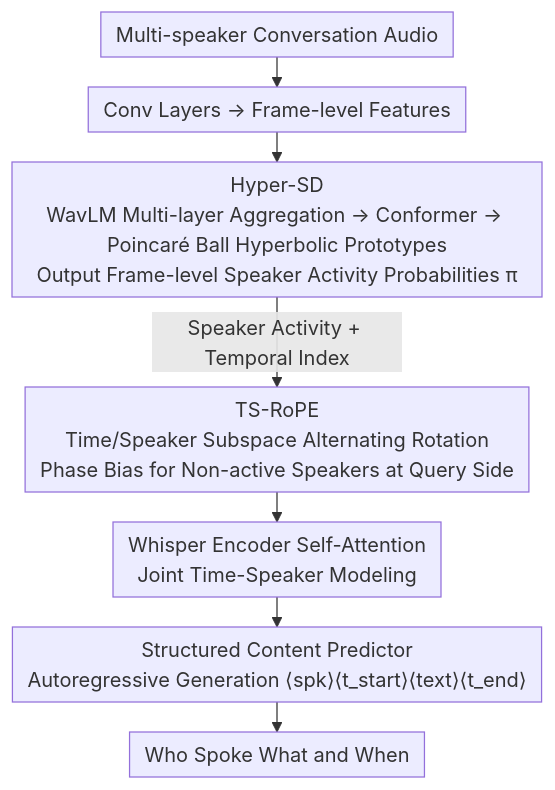
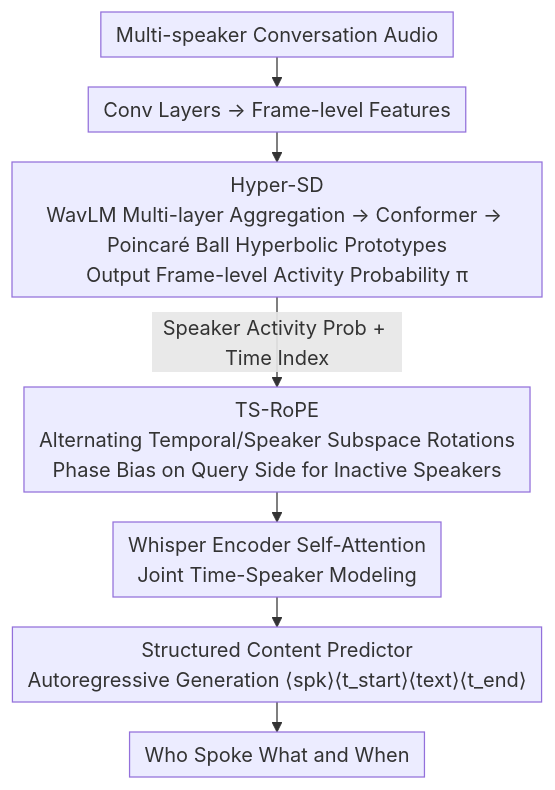
Before and after one commit to zhaoyang97/Paper-Notes-en: the diagram in docs/ACL2026/audio_speech/tellwhisper_tell_whisper_who_speaks_when.md, drawn with Mermaid. The commit also changed other lines of this file and 5084 other files, not shown here.

````diff
--- a/docs/ACL2026/audio_speech/tellwhisper_tell_whisper_who_speaks_when.md
+++ b/docs/ACL2026/audio_speech/tellwhisper_tell_whisper_who_speaks_when.md
@@ -45,10 +45,10 @@
 ```mermaid
 %%{init: {'flowchart': {'rankSpacing': 24, 'nodeSpacing': 28, 'padding': 6, 'wrappingWidth': 400}}}%%
 flowchart TD
     A["Multi-speaker Conversation Audio"] --> B["Conv Layers → Frame-level Features"]
-    B --> C["Hyper-SD<br/>WavLM Multi-layer Aggregation → Conformer → Poincaré Ball Hyperbolic Prototypes<br/>Output Frame-level Speaker Activity Probabilities π"]
-    C -->|"Speaker Activity + Temporal Index"| D["TS-RoPE<br/>Time/Speaker Subspace Alternating Rotation<br/>Phase Bias for Non-active Speakers at Query Side"]
+    B --> C["Hyper-SD<br/>WavLM Multi-layer Aggregation → Conformer → Poincaré Ball Hyperbolic Prototypes<br/>Output Frame-level Activity Probability π"]
+    C -->|"Speaker Activity Prob + Time Index"| D["TS-RoPE<br/>Alternating Temporal/Speaker Subspace Rotations<br/>Phase Bias on Query Side for Inactive Speakers"]
     D --> E["Whisper Encoder Self-Attention<br/>Joint Time-Speaker Modeling"]
     E --> F["Structured Content Predictor<br/>Autoregressive Generation ⟨spk⟩⟨t_start⟩⟨text⟩⟨t_end⟩"]
     F --> G["Who Spoke What and When"]
 ```
````
